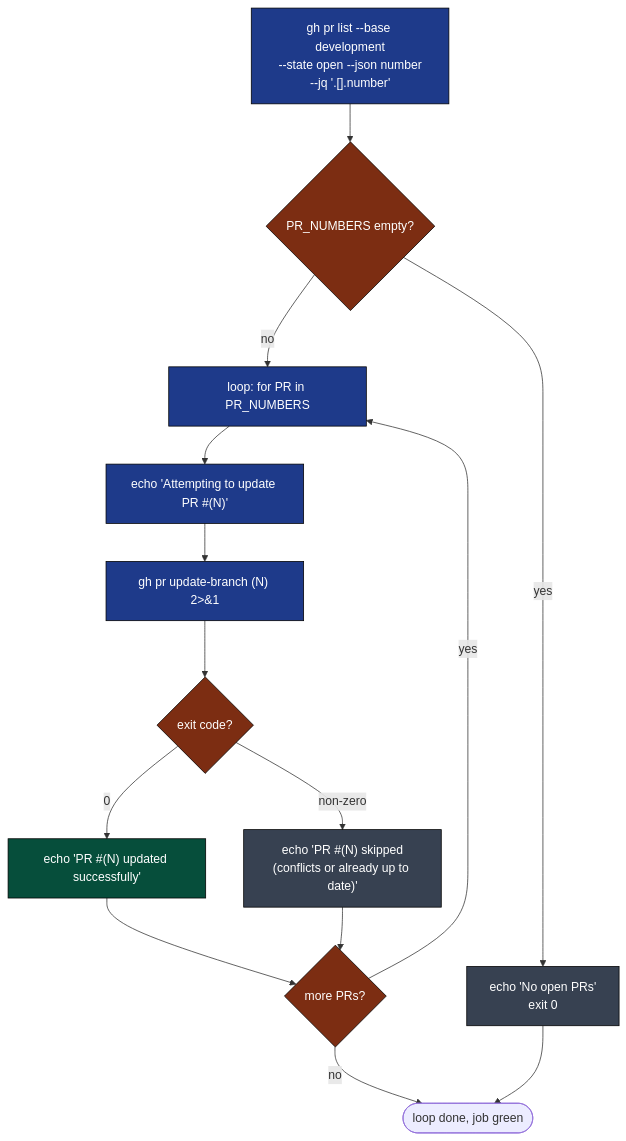
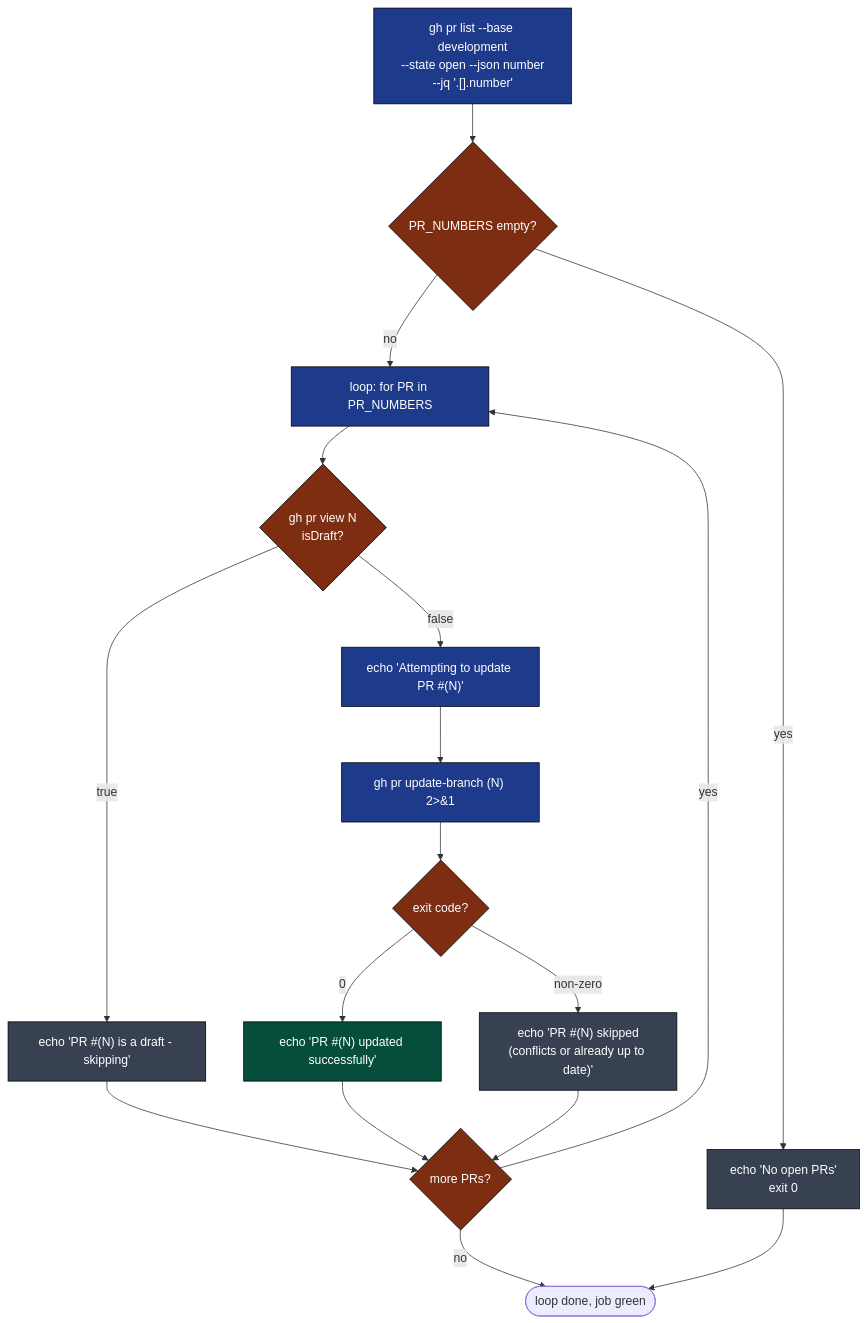
Before and after one commit to gregreindel/llm-exe: the fifth of 9 diagrams in .github/docs/UPDATE_PRS_DEEP_DIVE.md, drawn with Mermaid. The commit also changed other lines of this file and 5 other files, not shown here.

````diff
--- a/.github/docs/UPDATE_PRS_DEEP_DIVE.md
+++ b/.github/docs/UPDATE_PRS_DEEP_DIVE.md
@@ -188,22 +180,25 @@
 ```mermaid
 flowchart TB
     classDef step fill:#1e3a8a,color:#fff,stroke:#000
     classDef dec fill:#7c2d12,color:#fff,stroke:#000
     classDef ok fill:#064e3b,color:#fff,stroke:#000
     classDef skip fill:#374151,color:#fff,stroke:#000
 
     A["gh pr list --base development\n--state open --json number\n--jq '.[].number'"]:::step
     A --> B{PR_NUMBERS empty?}:::dec
     B -->|yes| E["echo 'No open PRs'\nexit 0"]:::skip
     B -->|no| C[loop: for PR in PR_NUMBERS]:::step
-    C --> D["echo 'Attempting to update PR #(N)'"]:::step
+    C --> DRAFT{gh pr view N\nisDraft?}:::dec
+    DRAFT -->|true| SKIP_D["echo 'PR #(N) is a draft - skipping'"]:::skip
+    DRAFT -->|false| D["echo 'Attempting to update PR #(N)'"]:::step
+    SKIP_D --> J
     D --> F["gh pr update-branch (N) 2&gt;&amp;1"]:::step
     F --> G{exit code?}:::dec
     G -->|0| H["echo 'PR #(N) updated successfully'"]:::ok
     G -->|non-zero| I["echo 'PR #(N) skipped\n(conflicts or already up to date)'"]:::skip
     H --> J{more PRs?}:::dec
     I --> J
     J -->|yes| C
     J -->|no| K([loop done, job green])
     E --> K
 ```
````
